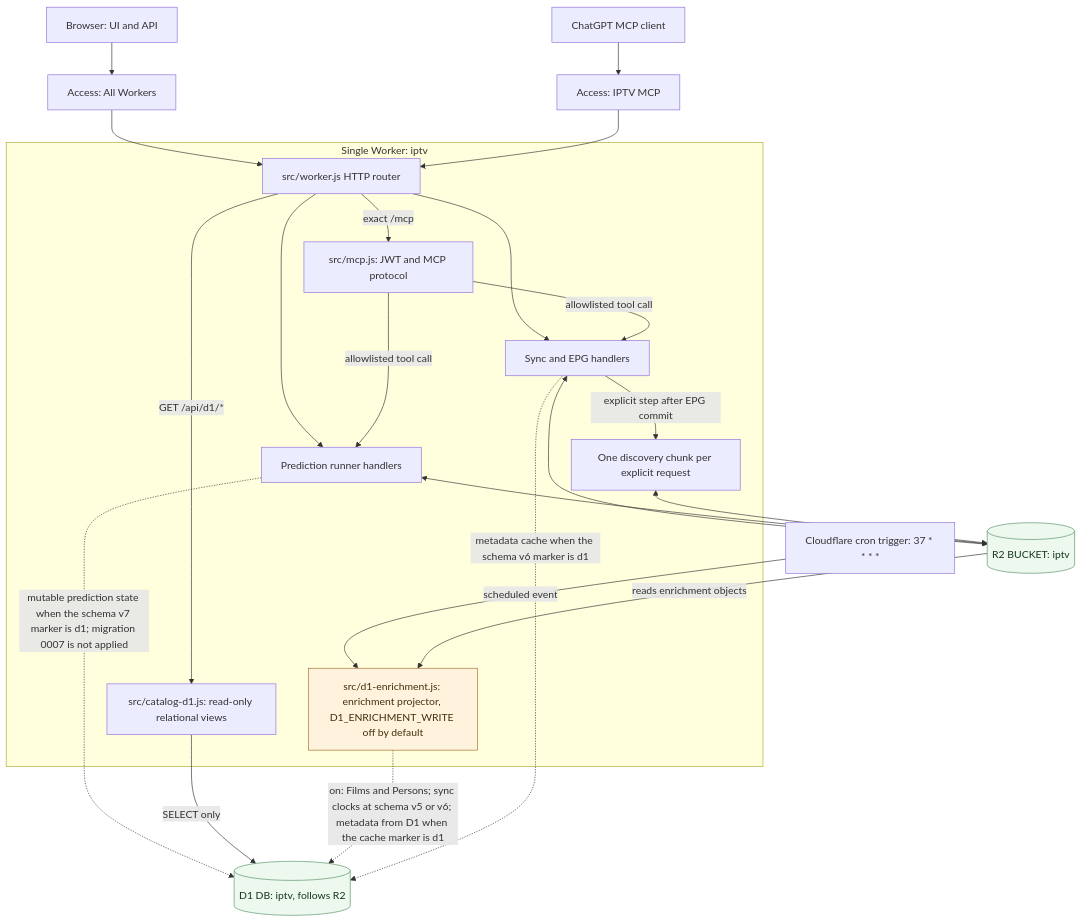
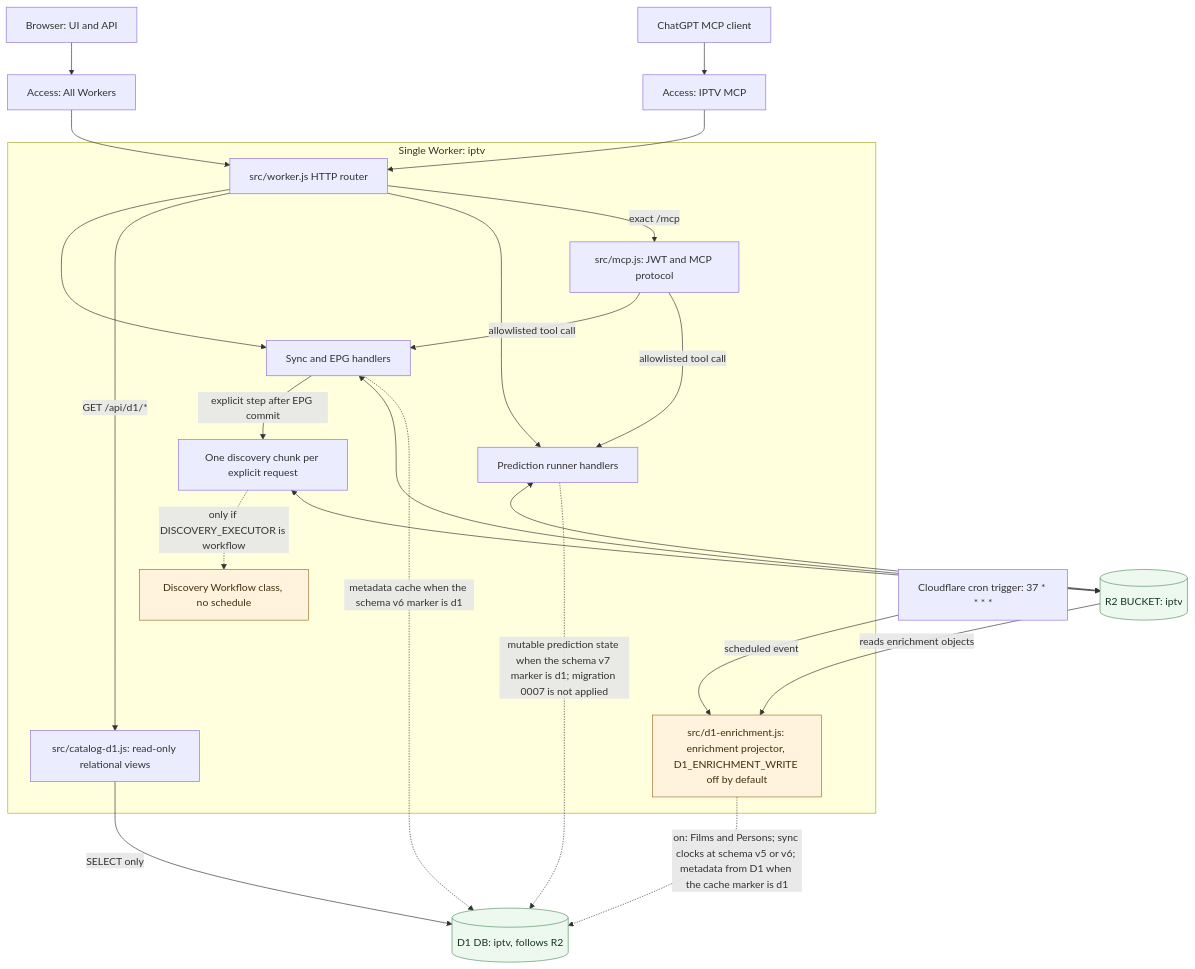
One commit to vladimino/iptv-watchlist changed the diagram in docs/architecture/runtime-topology.md. Above: the diagram before and after it, drawn with Mermaid. The commit also changed other lines of this file and 26 other files, not shown here.

First line of the commit message:
Add an inert Discovery Workflow that does not run on deploy.

````diff
--- a/docs/architecture/runtime-topology.md
+++ b/docs/architecture/runtime-topology.md
@@ -5,41 +5,43 @@
 ```mermaid
 flowchart TB
     web["Browser: UI and API"]
     mcpClient["ChatGPT MCP client"]
     webAccess["Access: All Workers"]
     mcpAccess["Access: IPTV MCP"]
     cron["Cloudflare cron trigger: 37 * * * *"]
     subgraph worker["Single Worker: iptv"]
         route["src/worker.js HTTP router"]
         mcp["src/mcp.js: JWT and MCP protocol"]
         sync["Sync and EPG handlers"]
         prediction["Prediction runner handlers"]
         discovery["One discovery chunk per explicit request"]
         catalogD1["src/catalog-d1.js: read-only relational views"]
         projector["src/d1-enrichment.js: enrichment projector, D1_ENRICHMENT_WRITE off by default"]
         route --> sync
         route -->|GET /api/d1/*| catalogD1
         route --> prediction
         route -->|exact /mcp| mcp
         mcp -->|allowlisted tool call| sync
         mcp -->|allowlisted tool call| prediction
         sync -->|explicit step after EPG commit| discovery
+        workflow["Discovery Workflow class, no schedule"]
+        discovery -.->|only if DISCOVERY_EXECUTOR is workflow| workflow
     end
     store[("R2 BUCKET: iptv")]
     d1[("D1 DB: iptv, follows R2")]
     web --> webAccess --> route
     mcpClient --> mcpAccess --> route
     sync <--> store
     prediction <--> store
     prediction -.->|mutable prediction state when the schema v7 marker is d1; migration 0007 is not applied| d1
     discovery <--> store
     catalogD1 -->|SELECT only| d1
     cron -->|scheduled event| projector
     store -->|reads enrichment objects| projector
     projector -.->|on: Films and Persons; sync clocks at schema v5 or v6; metadata from D1 when the cache marker is d1| d1
     sync -.->|metadata cache when the schema v6 marker is d1| d1
     classDef current fill:#edf8ef,stroke:#579266,color:#15361e
     classDef gated fill:#fff3de,stroke:#a56c2b,color:#42300e
     class store,d1 current
-    class projector gated
+    class projector,workflow gated
 ```
````
